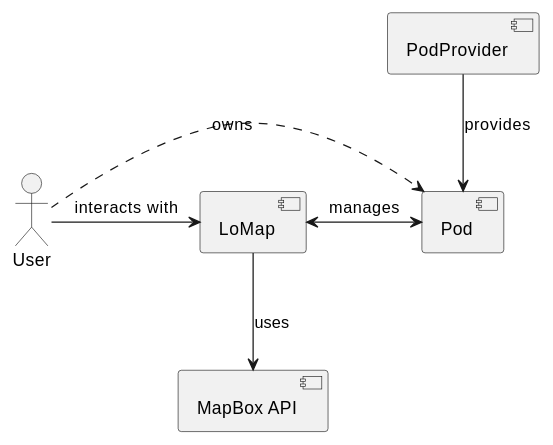
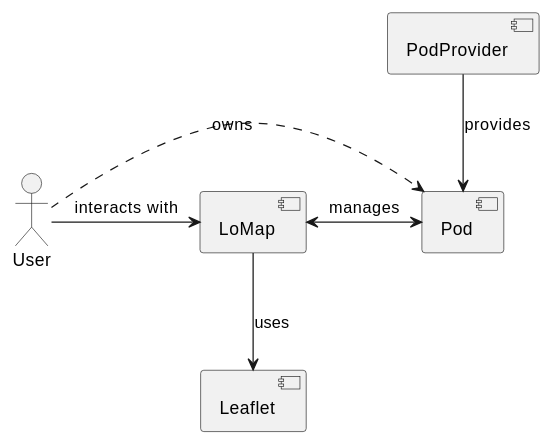
The first of 2 diagrams in docs/05_building_block_view.adoc (Arquisoft/lomap_es6b), drawn with PlantUML before and after one commit. The commit also changed other lines of this file and 3 other files, not shown here.

```diff
--- a/docs/05_building_block_view.adoc
+++ b/docs/05_building_block_view.adoc
@@ -7,20 +7,20 @@
 [plantuml, "level1", png]
 ----
 Actor User
 Component LoMap
 Component Pod
 Component PodProvider
 
-Component MapBox as "MapBox API"
+Component Leaflet 
 
 User -right-> LoMap: interacts with
 
 User .right.> Pod: owns
 
 LoMap <-right-> Pod: manages
 
-LoMap --> MapBox: uses
+LoMap --> Leaflet: uses
 
 PodProvider --> Pod: provides
 
 ----
```
